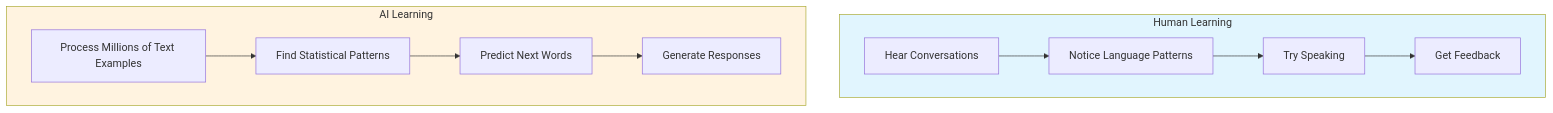
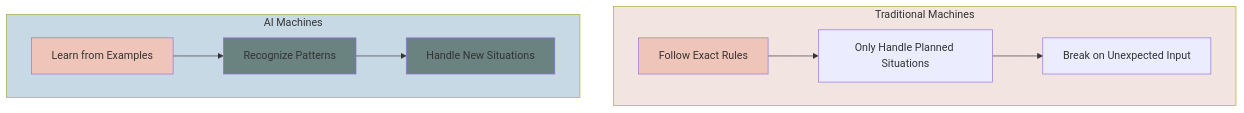
The third of 3 diagrams in level-1.md (ninabrenes/ai-for-normal-people), drawn with Mermaid before and after one commit. The commit also changed other lines of this file, not shown here.

````diff
--- a/level-1.md
+++ b/level-1.md
@@ -10,15 +65,19 @@
 ```mermaid
 graph TD
-    subgraph Human[Human Learning]
-        H1[Hear Conversations] --> H2[Notice Language Patterns]
-        H2 --> H3[Try Speaking] --> H4[Get Feedback]
+    subgraph Traditional[Traditional Machines]
+        Rules[Follow Exact Rules] --> Limited[Only Handle Planned Situations]
+        Limited --> Breaks[Break on Unexpected Input]
     end
     
-    subgraph AI[AI Learning]
-        A1[Process Millions of Text Examples] --> A2[Find Statistical Patterns]
-        A2 --> A3[Predict Next Words] --> A4[Generate Responses]
+    subgraph AI[AI Machines]
+        Examples[Learn from Examples] --> Patterns[Recognize Patterns]
+        Patterns --> Flexible[Handle New Situations]
     end
     
-    style Human fill:#e1f5fe
-    style AI fill:#fff3e0
+    style Traditional fill:#f2e5e1
+    style AI fill:#c8d9e6
+    style Rules fill:#efc5b9
+    style Examples fill:#efc5b9
+    style Patterns fill:#6a8280
+    style Flexible fill:#6a8280
 ```
````
